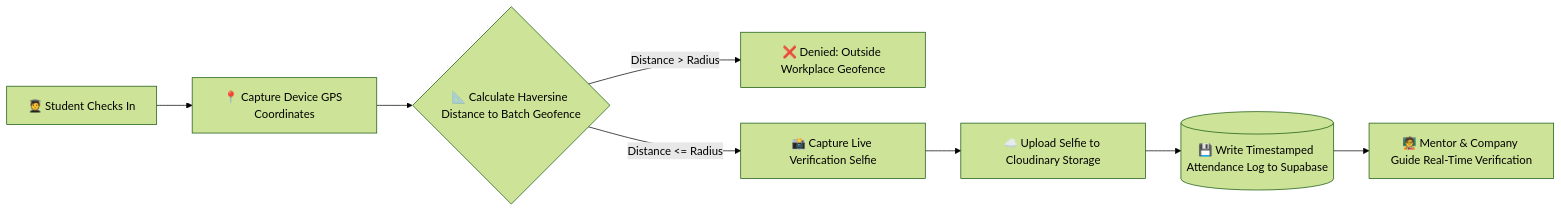
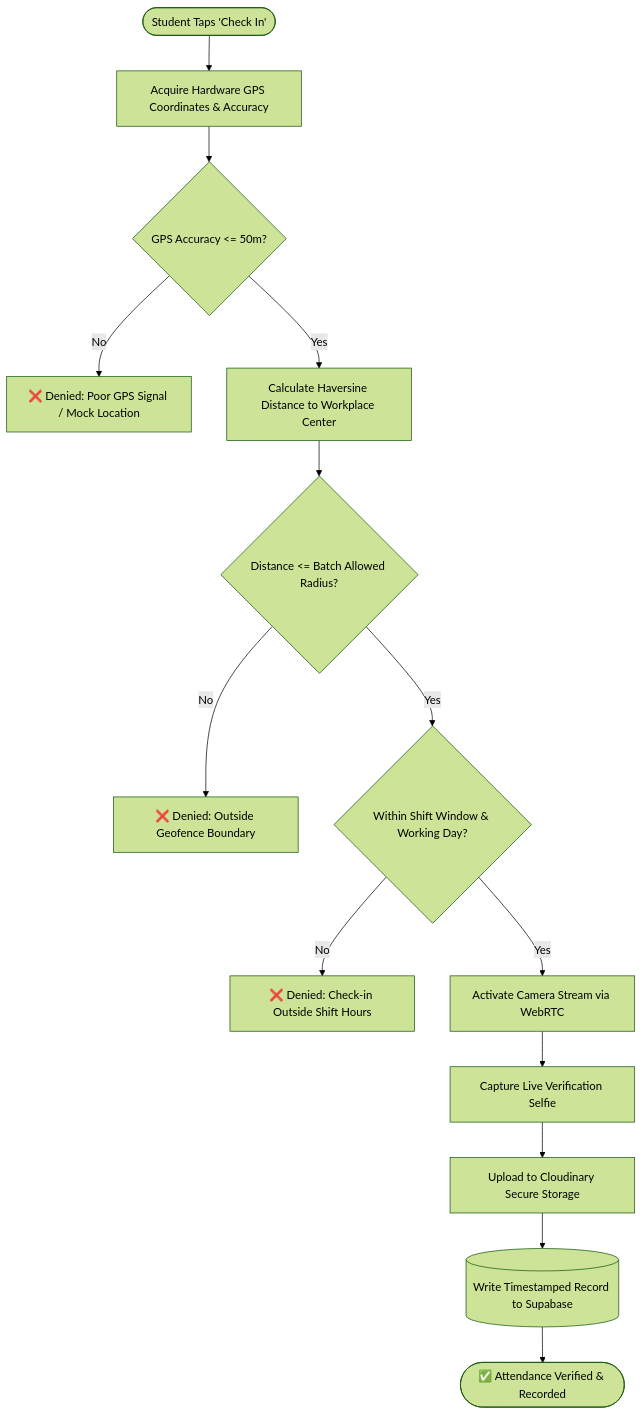
The fifth of 6 diagrams in README.md (jasimmushtaq/AP-Vidyaconnect-), drawn with Mermaid (forest theme) before and after one commit. The commit also changed other lines of this file, not shown here.

Commit message:
docs: add comprehensive architecture, technologies, and module documentation in README

````diff
--- a/README.md
+++ b/README.md
@@ -100,10 +556,16 @@
 ```mermaid
-flowchart LR
-    S[🧑‍🎓 Student Checks In] --> GPS[📍 Capture Device GPS Coordinates]
-    GPS --> GEO{📐 Calculate Haversine Distance to Batch Geofence}
-    GEO -- Distance > Radius --> REJ[❌ Denied: Outside Workplace Geofence]
-    GEO -- Distance <= Radius --> CAM[📸 Capture Live Verification Selfie]
-    CAM --> CLOUD[☁️ Upload Selfie to Cloudinary Storage]
-    CLOUD --> LOG[(💾 Write Timestamped Attendance Log to Supabase)]
-    LOG --> MENTOR[🧑‍🏫 Mentor & Company Guide Real-Time Verification]
+flowchart TD
+    Start([Student Taps 'Check In']) --> FetchGPS[Acquire Hardware GPS Coordinates & Accuracy]
+    FetchGPS --> AccCheck{GPS Accuracy <= 50m?}
+    AccCheck -- No --> RejectAcc[❌ Denied: Poor GPS Signal / Mock Location]
+    AccCheck -- Yes --> CalcDist[Calculate Haversine Distance to Workplace Center]
+    CalcDist --> RadCheck{Distance <= Batch Allowed Radius?}
+    RadCheck -- No --> RejectRad[❌ Denied: Outside Geofence Boundary]
+    RadCheck -- Yes --> TimeCheck{Within Shift Window & Working Day?}
+    TimeCheck -- No --> RejectTime[❌ Denied: Check-in Outside Shift Hours]
+    TimeCheck -- Yes --> CamStream[Activate Camera Stream via WebRTC]
+    CamStream --> SnapSelfie[Capture Live Verification Selfie]
+    SnapSelfie --> CloudUpload[Upload to Cloudinary Secure Storage]
+    CloudUpload --> DBWrite[(Write Timestamped Record to Supabase)]
+    DBWrite --> Success([✅ Attendance Verified & Recorded])
 ```
````
